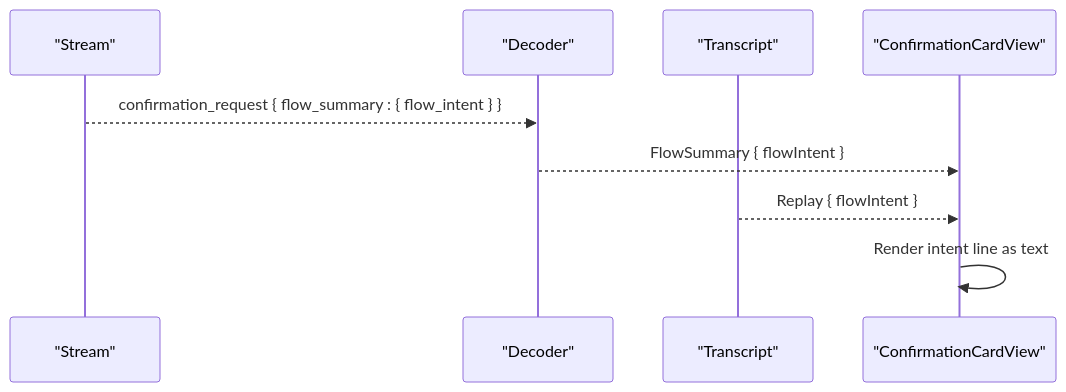
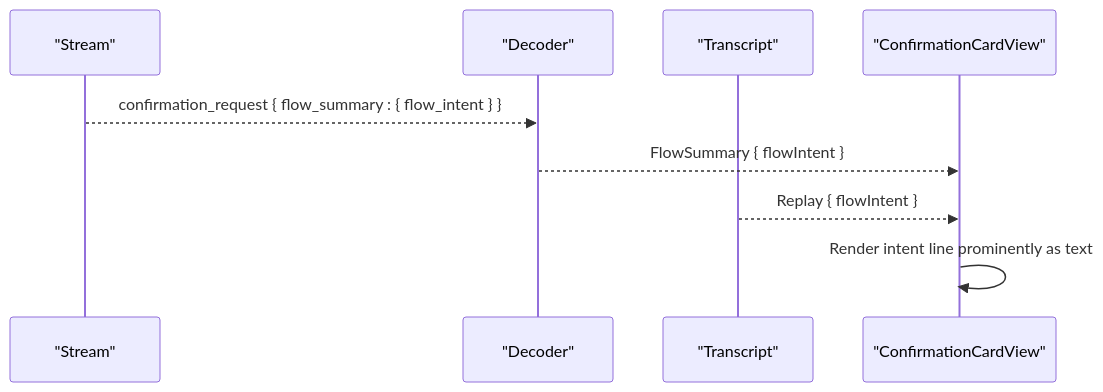
The sixth of 7 diagrams in .qoder/repowiki/en/content/Architecture Documentation/SPEC-053_ Skill-Declared Step Intent on Browser Confirmation Cards.md (metasync/luban-aiops), drawn with Mermaid before and after one commit. The commit also changed other lines of this file and 6 other files, not shown here.

````diff
--- a/.qoder/repowiki/en/content/Architecture Documentation/SPEC-053_ Skill-Declared Step Intent on Browser Confirmation Cards.md
+++ b/.qoder/repowiki/en/content/Architecture Documentation/SPEC-053_ Skill-Declared Step Intent on Browser Confirmation Cards.md
@@ -210,11 +218,11 @@
 ```mermaid
 sequenceDiagram
 participant S as "Stream"
 participant D as "Decoder"
 participant T as "Transcript"
 participant V as "ConfirmationCardView"
 S-->>D : confirmation_request { flow_summary : { flow_intent } }
 D-->>V : FlowSummary { flowIntent }
 T-->>V : Replay { flowIntent }
-V->>V : Render intent line as text
+V->>V : Render intent line prominently as text
 ```
````
